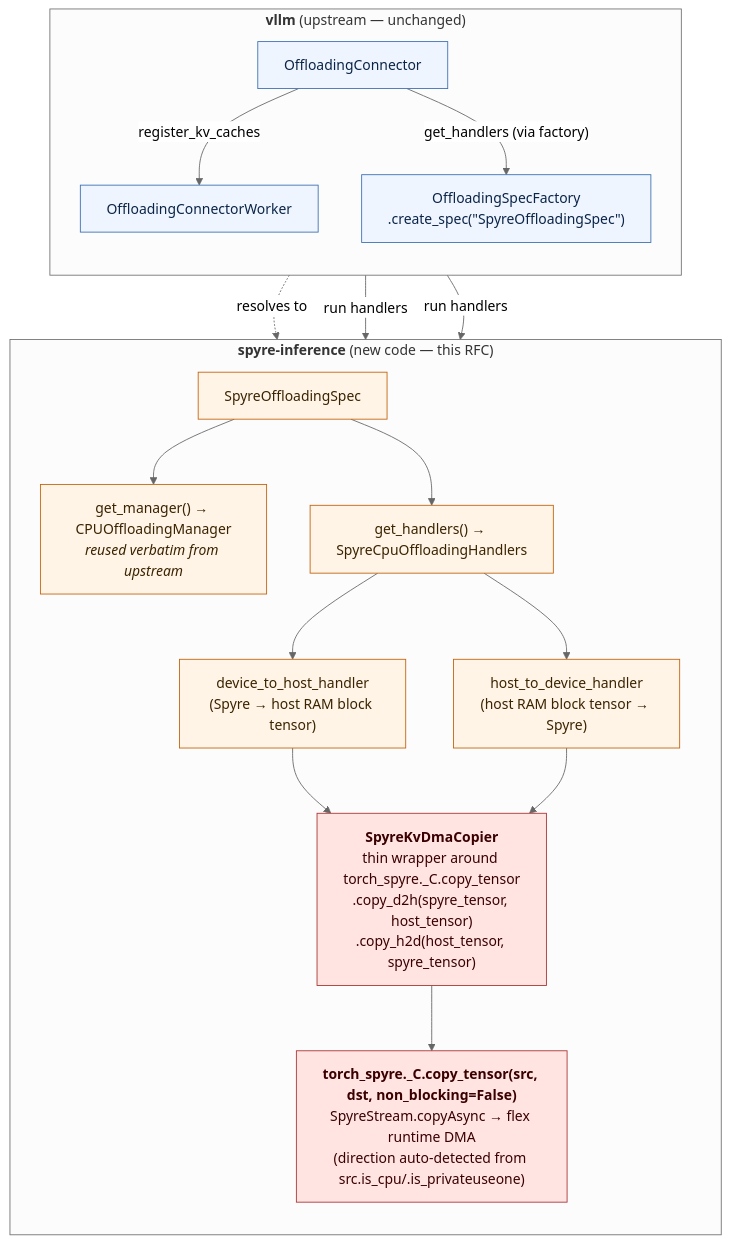
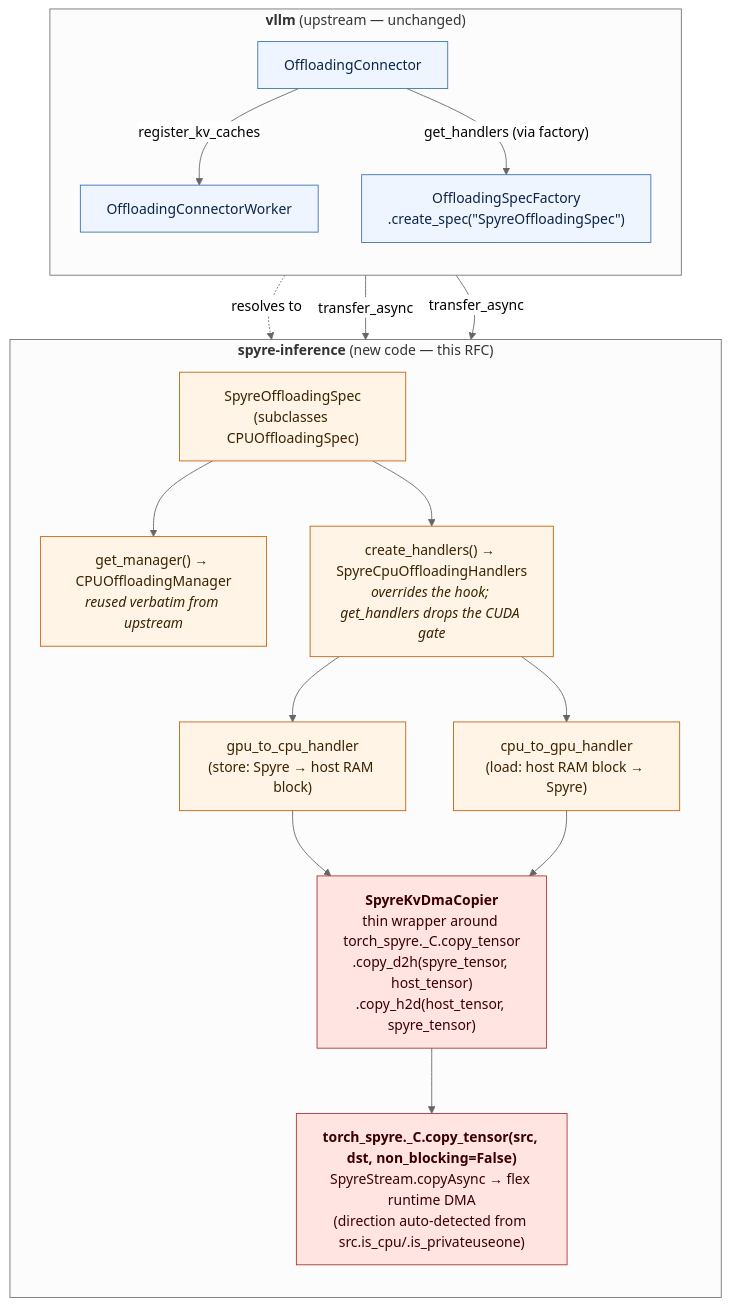
Before and after one commit to torch-spyre/spyre-inference: the first of 2 diagrams in docs/architecture/rfcs/upstream-connector-port.md, drawn with Mermaid. The commit also changed other lines of this file and 8 other files, not shown here.

````diff
--- a/docs/architecture/rfcs/upstream-connector-port.md
+++ b/docs/architecture/rfcs/upstream-connector-port.md
@@ -172,44 +182,44 @@
 ```mermaid
 %%{ init: { "flowchart": { "htmlLabels": true, "curve": "basis" }, "theme": "neutral" } }%%
 flowchart TB
 
     subgraph vllm["<b>vllm</b> (upstream — unchanged)"]
         direction TB
         OC["OffloadingConnector"]
         OCW["OffloadingConnectorWorker"]
         Factory["OffloadingSpecFactory<br/>.create_spec(&quot;SpyreOffloadingSpec&quot;)"]
         OC -- "register_kv_caches" --> OCW
         OC -- "get_handlers (via factory)" --> Factory
     end
 
     subgraph spyre["<b>spyre-inference</b> (new code — this RFC)"]
         direction TB
-        Spec["SpyreOffloadingSpec"]
+        Spec["SpyreOffloadingSpec<br/>(subclasses CPUOffloadingSpec)"]
         Mgr["get_manager() → CPUOffloadingManager<br/><i>reused verbatim from upstream</i>"]
-        Handlers["get_handlers() → SpyreCpuOffloadingHandlers"]
-        D2H["device_to_host_handler<br/>(Spyre → host RAM block tensor)"]
-        H2D["host_to_device_handler<br/>(host RAM block tensor → Spyre)"]
+        Handlers["create_handlers() → SpyreCpuOffloadingHandlers<br/><i>overrides the hook; get_handlers drops the CUDA gate</i>"]
+        D2H["gpu_to_cpu_handler<br/>(store: Spyre → host RAM block)"]
+        H2D["cpu_to_gpu_handler<br/>(load: host RAM block → Spyre)"]
         Copier["<b>SpyreKvDmaCopier</b><br/>thin wrapper around torch_spyre._C.copy_tensor<br/>.copy_d2h(spyre_tensor, host_tensor)<br/>.copy_h2d(host_tensor, spyre_tensor)"]
         Backend["<b>torch_spyre._C.copy_tensor(src, dst, non_blocking=False)</b><br/>SpyreStream.copyAsync → flex runtime DMA<br/>(direction auto-detected from src.is_cpu/.is_privateuseone)"]
 
         Spec --> Mgr
         Spec --> Handlers
         Handlers --> D2H
         Handlers --> H2D
         D2H --> Copier
         H2D --> Copier
         Copier --> Backend
     end
 
     Factory -. "resolves to" .-> Spec
-    OCW -- "run handlers" --> D2H
-    OCW -- "run handlers" --> H2D
+    OCW -- "transfer_async" --> D2H
+    OCW -- "transfer_async" --> H2D
 
     classDef upstream fill:#eef5ff,stroke:#3b6fb3,color:#0b2447
     classDef plugin fill:#fff4e6,stroke:#c1620a,color:#3a2300
     classDef hot fill:#ffe4e1,stroke:#a83232,color:#3a0000
 
     class OC,OCW,Factory upstream
     class Spec,Mgr,Handlers,D2H,H2D plugin
     class Copier,Backend hot
 ```
````
